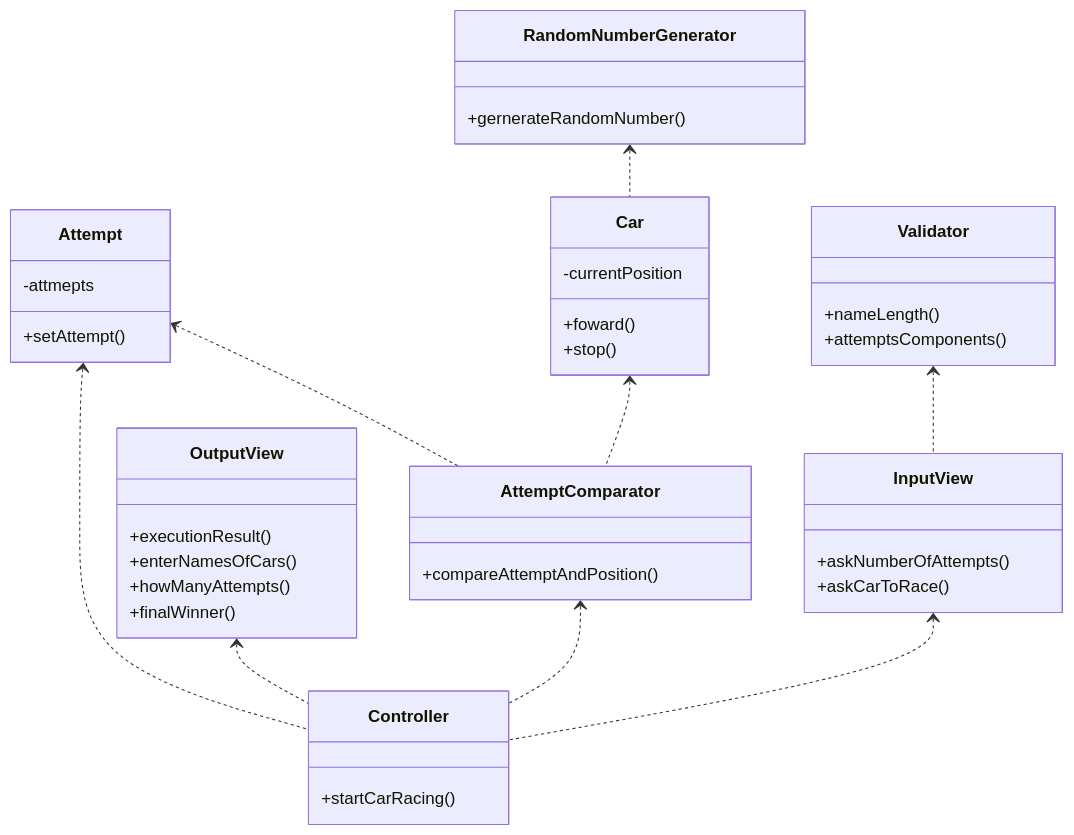
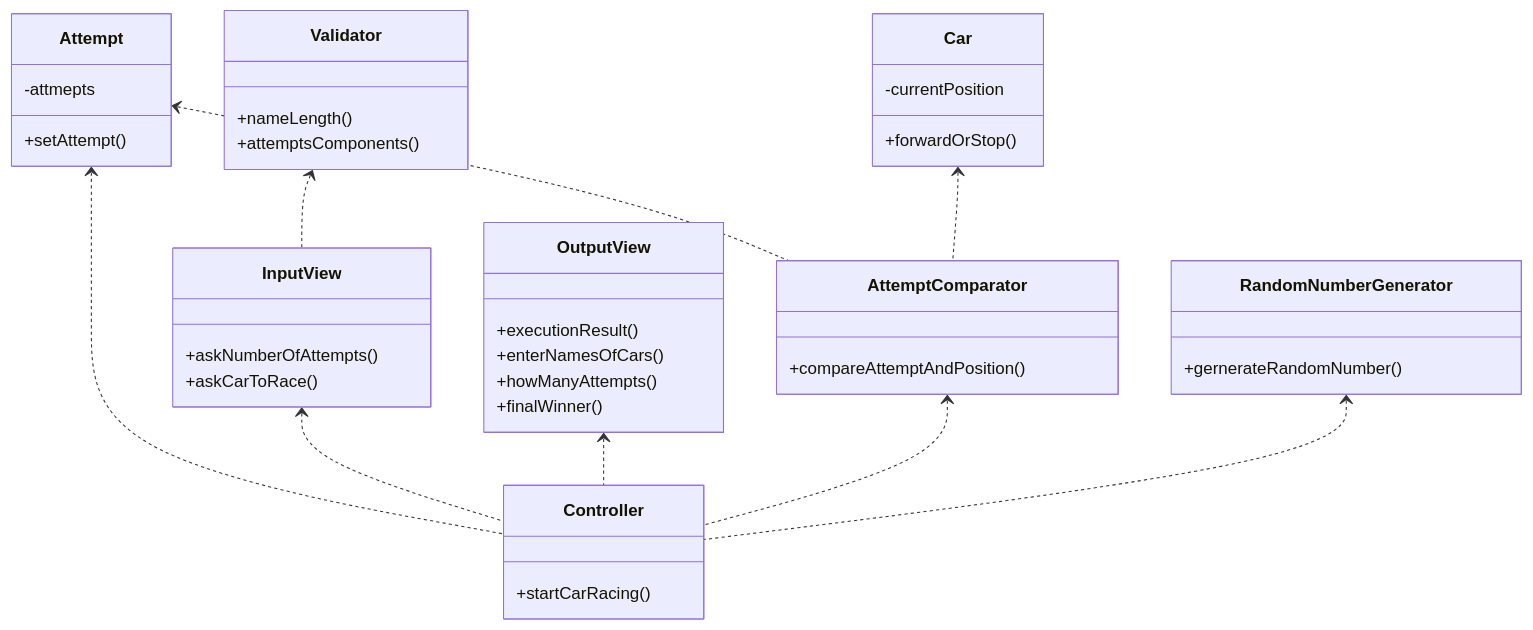
One commit to woowacourse-precourse/kotlin-racingcar-6 changed the diagram in README.md. Above: the diagram before and after it, drawn with Mermaid.

Commit message:
[docs] RandomNumberGenerator와 연관 있는 클래스를 Car에서 Controller로 변경

````diff
--- a/README.md
+++ b/README.md
@@ -209,43 +209,42 @@
 ```mermaid
 classDiagram
     Attempt <.. Controller
     InputView <.. Controller
     OutputView <.. Controller
     AttemptComparator <.. Controller
-    RandomNumberGenerator <.. Car
+    RandomNumberGenerator <.. Controller
     Validator <.. InputView
     Attempt <.. AttemptComparator
     Car <.. AttemptComparator
     class Controller {
         +startCarRacing()
     }
     class InputView {
         +askNumberOfAttempts()
         +askCarToRace()
     }
     class OutputView {
         +executionResult()
         +enterNamesOfCars()
         +howManyAttempts()
         +finalWinner()
     }
     class RandomNumberGenerator {
         +gernerateRandomNumber()
     }
     class Car {
         -currentPosition
-        +foward()
-        +stop()
+        +forwardOrStop()
     }
     class Attempt {
         -attmepts
         +setAttempt()
     }
     class AttemptComparator {
         +compareAttemptAndPosition()
     }
     class Validator {
         +nameLength()
         +attemptsComponents()
     }
 ```
````
